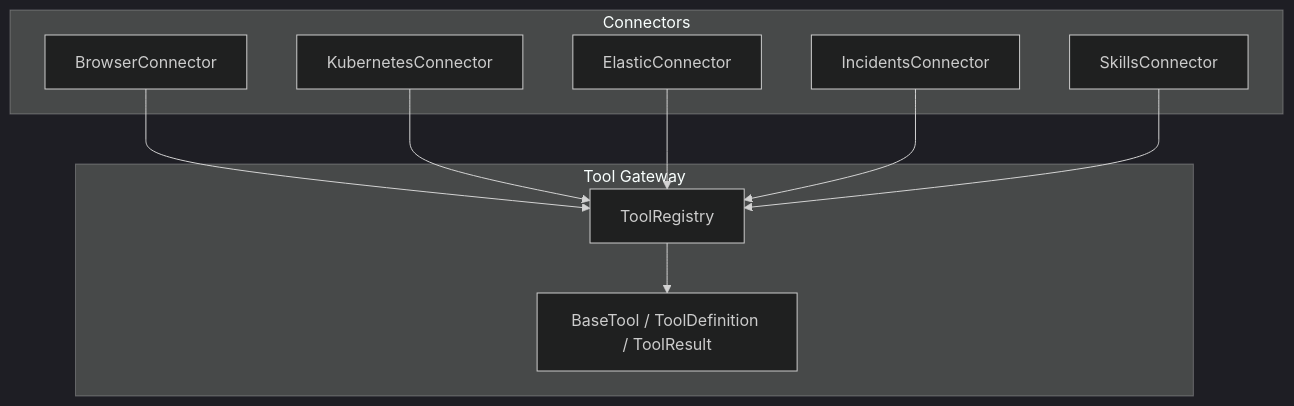
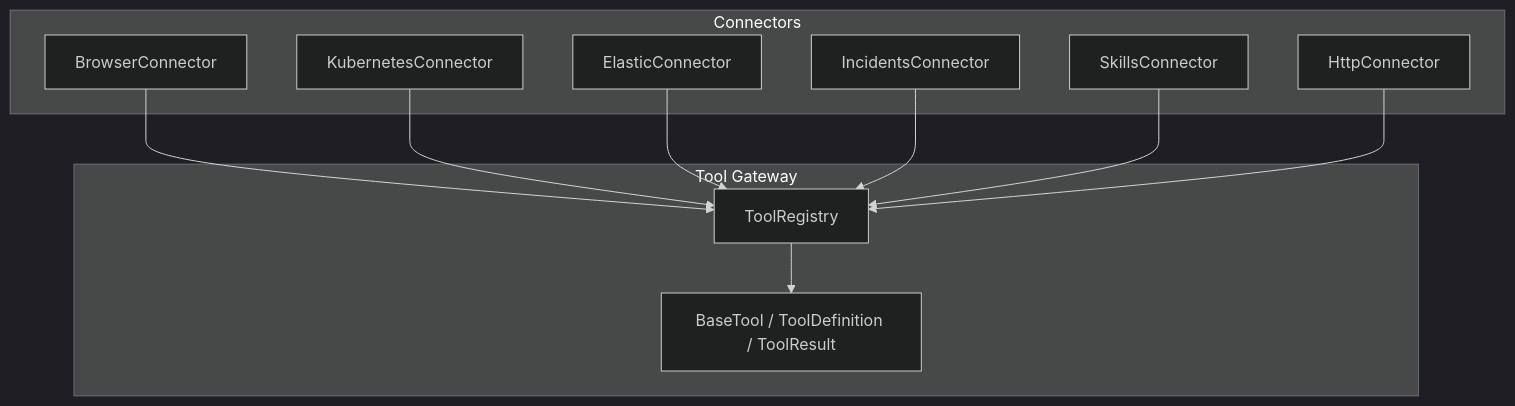
Before and after one commit to metasync/luban-aiops: the first of 3 diagrams in .qoder/repowiki/en/content/Core Services/Tool Gateway/Built-in Tool Connectors/Built-in Tool Connectors.md, drawn with Mermaid (dark theme). The commit also changed other lines of this file and 102 other files, not shown here.

````diff
--- a/.qoder/repowiki/en/content/Core Services/Tool Gateway/Built-in Tool Connectors/Built-in Tool Connectors.md
+++ b/.qoder/repowiki/en/content/Core Services/Tool Gateway/Built-in Tool Connectors/Built-in Tool Connectors.md
@@ -45,20 +59,22 @@
 ```mermaid
 graph TB
 subgraph "Tool Gateway"
 REG["ToolRegistry"]
 BASE["BaseTool / ToolDefinition / ToolResult"]
 end
 subgraph "Connectors"
 BR["BrowserConnector"]
 K8S["KubernetesConnector"]
 ES["ElasticConnector"]
 INC["IncidentsConnector"]
 SK["SkillsConnector"]
+HTTP["HttpConnector"]
 end
 BR --> REG
 K8S --> REG
 ES --> REG
 INC --> REG
 SK --> REG
+HTTP --> REG
 REG --> BASE
 ```
````
